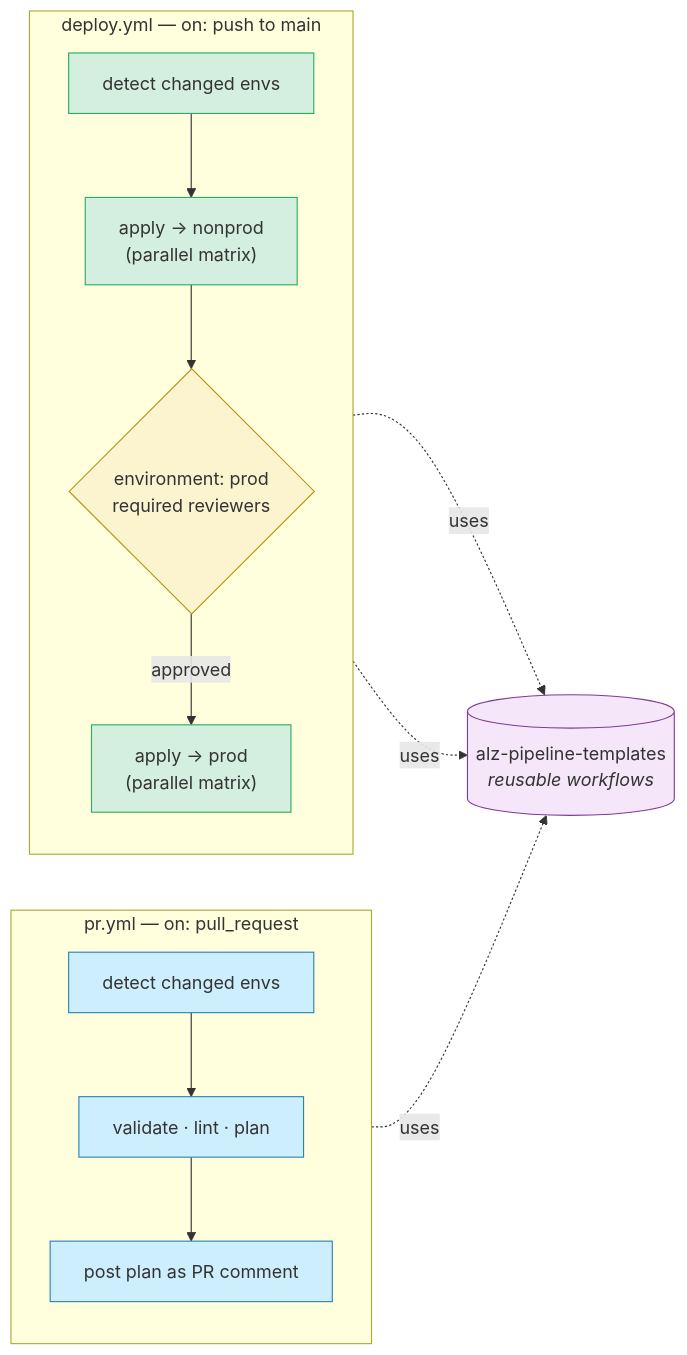
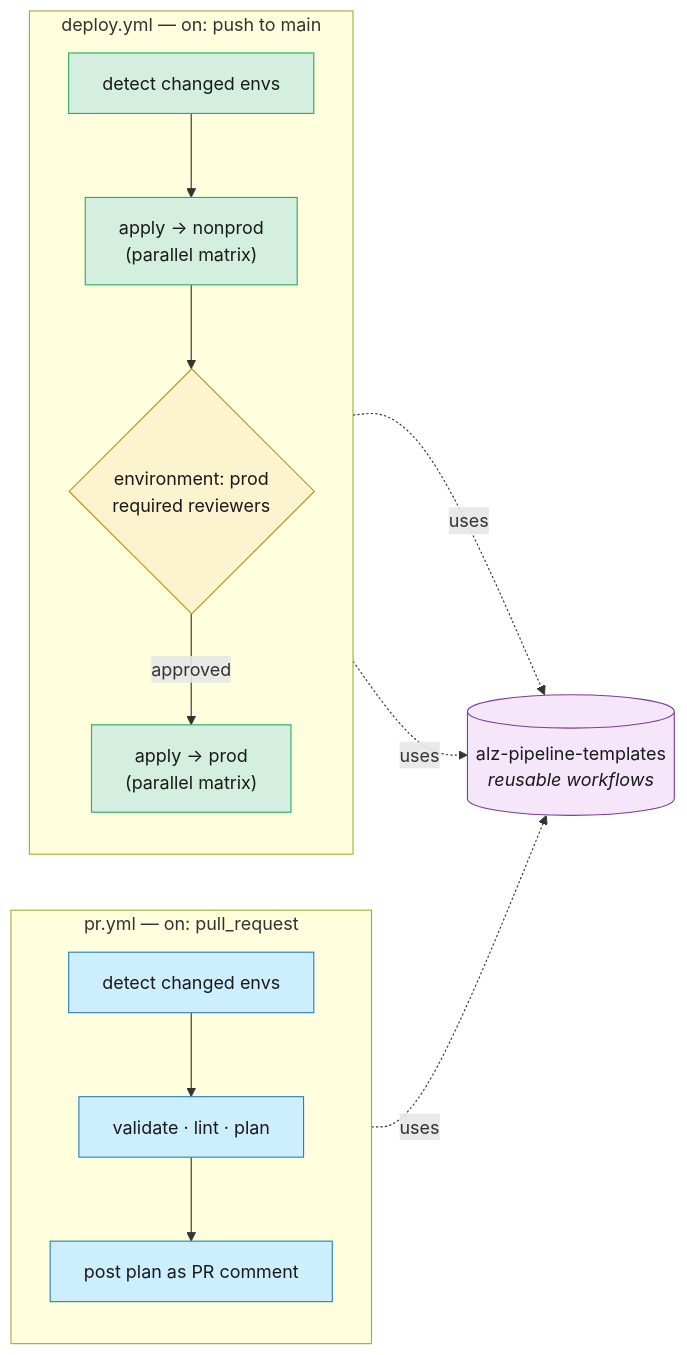
One commit to erjosito/alz-repo-best-practices changed the diagram in docs/08-cicd-pipelines.md. Above: the diagram before and after it, drawn with Mermaid. The commit also changed other lines of this file and 12 other files, not shown here.

First line of the commit message:
Add glossary boxes, fix diagram readability, replace broken Diátaxis chart

````diff
--- a/docs/08-cicd-pipelines.md
+++ b/docs/08-cicd-pipelines.md
@@ -63,29 +73,29 @@
 ```mermaid
 flowchart LR
     subgraph PR["pr.yml — on: pull_request"]
         direction TB
         D1[detect changed envs] --> V[validate · lint · plan]
         V --> C["post plan as PR comment"]
     end
 
     subgraph DEP["deploy.yml — on: push to main"]
         direction TB
         D2[detect changed envs] --> NP["apply → nonprod<br/>(parallel matrix)"]
         NP --> G{"environment: prod<br/>required reviewers"}
         G -->|approved| P["apply → prod<br/>(parallel matrix)"]
     end
 
     Templates[("alz-pipeline-templates<br/><i>reusable workflows</i>")]
     V -.uses.-> Templates
     NP -.uses.-> Templates
     P -.uses.-> Templates
 
-    classDef pr fill:#cdeffd,stroke:#2980b9
-    classDef dep fill:#d4efdf,stroke:#27ae60
-    classDef gate fill:#fcf3cf,stroke:#b7950b
-    classDef tmpl fill:#f5e6f9,stroke:#7d3c98
+    classDef pr fill:#cdeffd,stroke:#2980b9,color:#1a1a1a
+    classDef dep fill:#d4efdf,stroke:#27ae60,color:#1a1a1a
+    classDef gate fill:#fcf3cf,stroke:#b7950b,color:#1a1a1a
+    classDef tmpl fill:#f5e6f9,stroke:#7d3c98,color:#1a1a1a
     class D1,V,C pr
     class D2,NP,P dep
     class G gate
     class Templates tmpl
 ```
````
